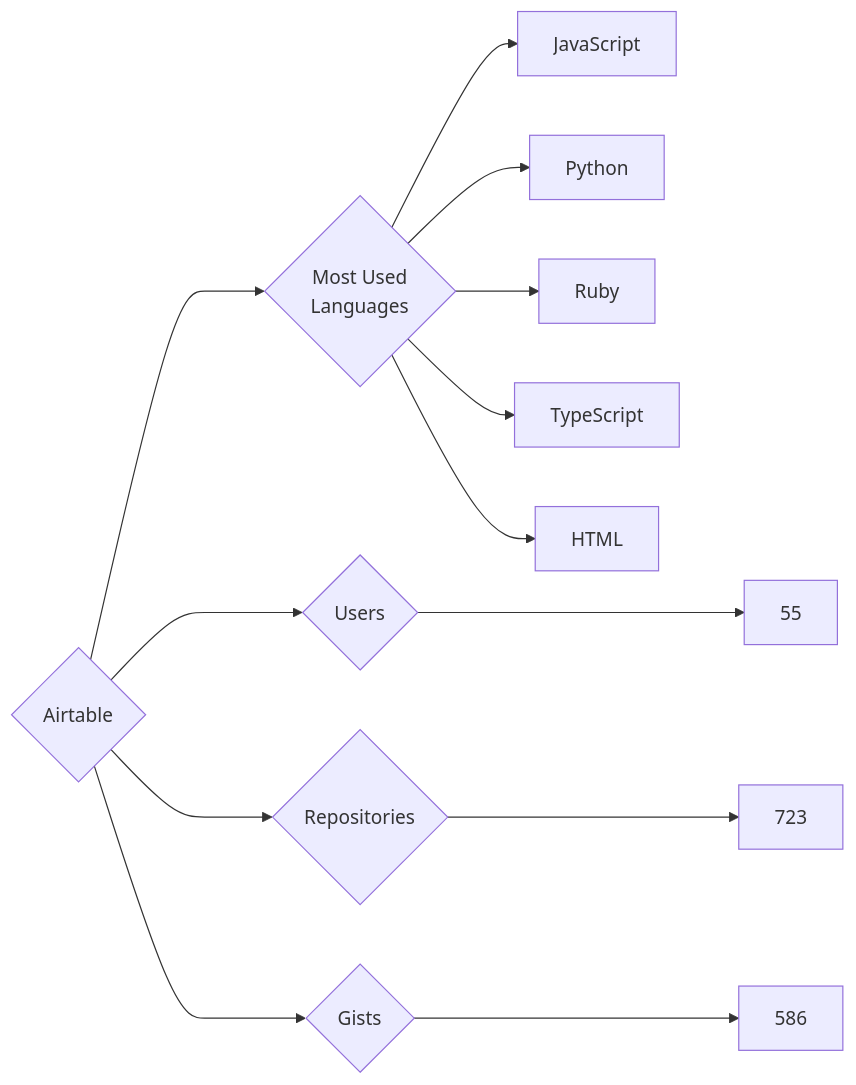
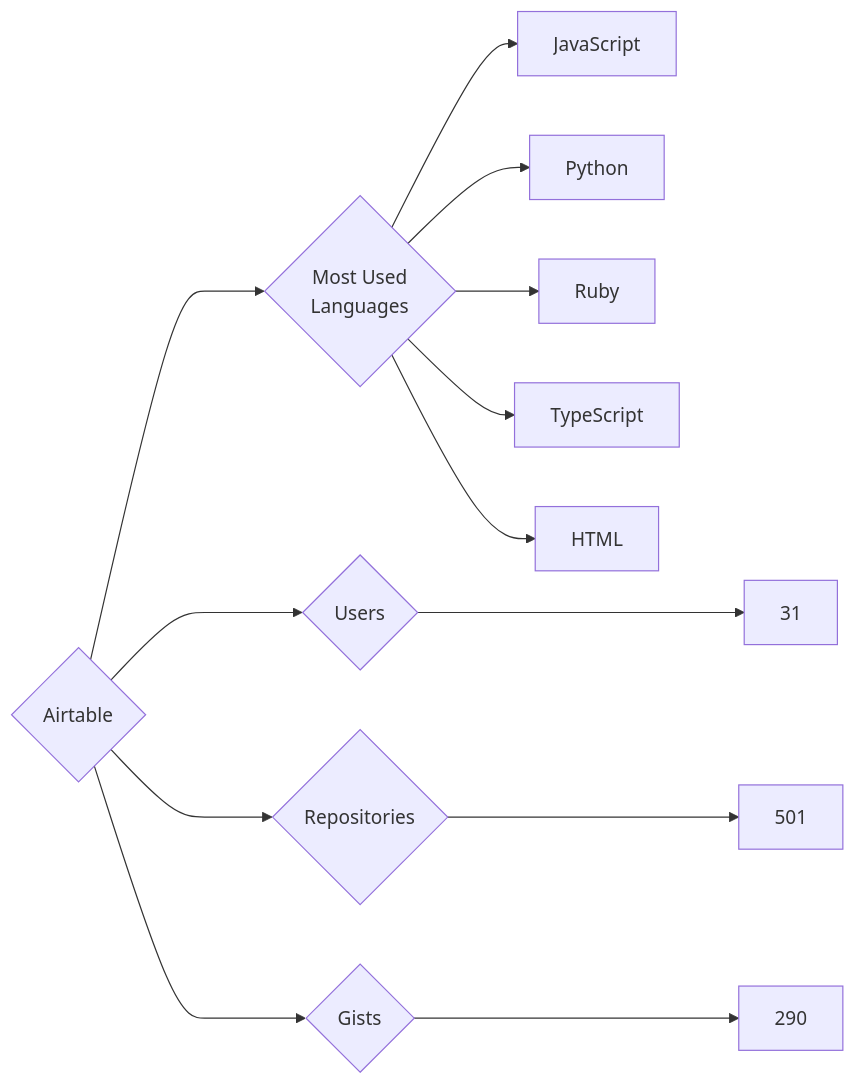
One commit to trickest/insiders changed the diagram in targets/Airtable/README.md. Above: the diagram before and after it, drawn with Mermaid. The commit also changed 927 other files, not shown here.

````diff
--- a/targets/Airtable/README.md
+++ b/targets/Airtable/README.md
@@ -3,13 +3,13 @@
 ```mermaid
 graph LR
 COMPANY_NAME{Airtable}
-COMPANY_NAME ---> U{Users} ---> UN[55]
-COMPANY_NAME ---> R{Repositories} ---> RN[723]
-COMPANY_NAME ---> G{Gists} ---> GN[586]
+COMPANY_NAME ---> U{Users} ---> UN[31]
+COMPANY_NAME ---> R{Repositories} ---> RN[501]
+COMPANY_NAME ---> G{Gists} ---> GN[290]
 COMPANY_NAME ---> ML{Most Used<br>Languages}
 ML --> JavaScript[JavaScript]
 ML --> Python[Python]
 ML --> Ruby[Ruby]
 ML --> TypeScript[TypeScript]
 ML --> HTML[HTML]
 ```
````
